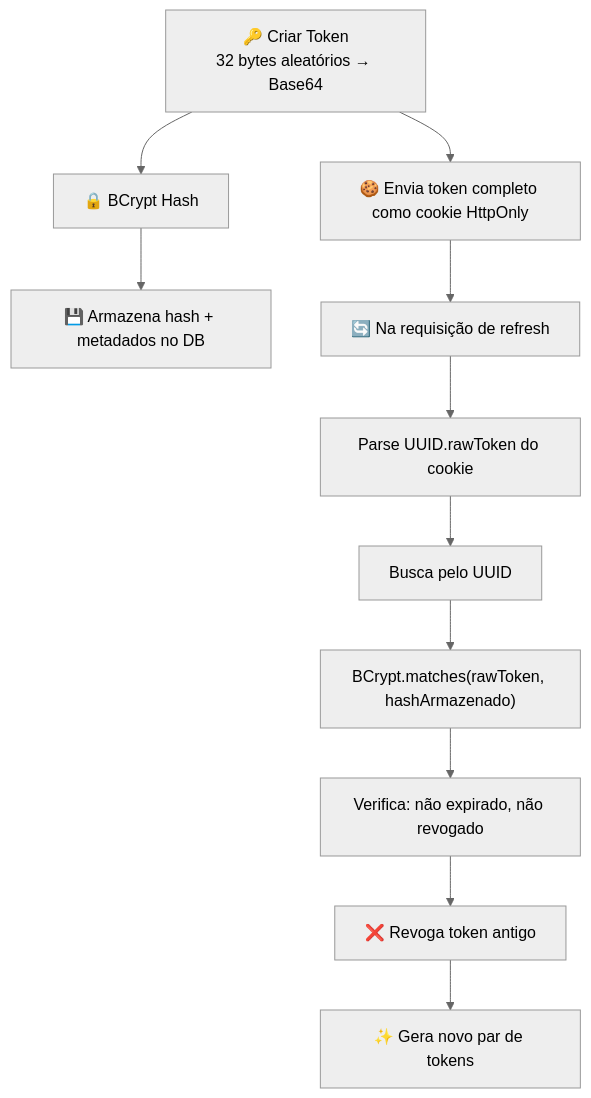
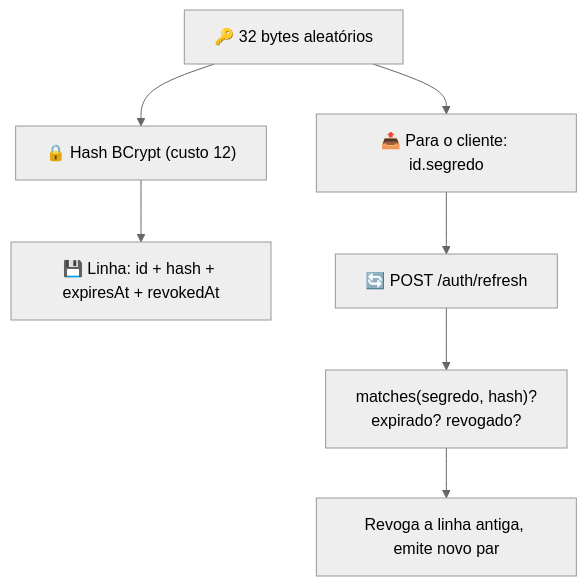
The third of 3 diagrams in architecture/security/pt.md (AndDev741/Beyou-arch-design), drawn with Mermaid (neutral theme) before and after one commit. The commit also changed other lines of this file and 3 other files, not shown here.

First line of the commit message:
docs(architecture): rewrite the security topic against the real surface

````diff
--- a/architecture/security/pt.md
+++ b/architecture/security/pt.md
@@ -142,14 +129,9 @@
 ```mermaid
 flowchart TD
-  CR["🔑 Criar Token<br/>32 bytes aleatórios → Base64"] --> HASH["🔒 BCrypt Hash"]
-  HASH --> DB["💾 Armazena hash + metadados no DB"]
-  CR --> COOKIE["🍪 Envia token completo como cookie HttpOnly"]
-
-  COOKIE --> REF["🔄 Na requisição de refresh"]
-  REF --> PARSE["Parse UUID.rawToken do cookie"]
-  PARSE --> LOOKUP["Busca pelo UUID"]
-  LOOKUP --> MATCH["BCrypt.matches(rawToken, hashArmazenado)"]
-  MATCH --> CHECK["Verifica: não expirado, não revogado"]
-  CHECK --> REVOKE["❌ Revoga token antigo"]
-  REVOKE --> NEW["✨ Gera novo par de tokens"]
+  CR["🔑 32 bytes aleatórios"] --> HASH["🔒 Hash BCrypt (custo 12)"]
+  HASH --> DB["💾 Linha: id + hash + expiresAt + revokedAt"]
+  CR --> OUT["📤 Para o cliente: id.segredo"]
+  OUT --> REF["🔄 POST /auth/refresh"]
+  REF --> MATCH["matches(segredo, hash)?<br/>expirado? revogado?"]
+  MATCH --> ROT["Revoga a linha antiga, emite novo par"]
 ```
````
